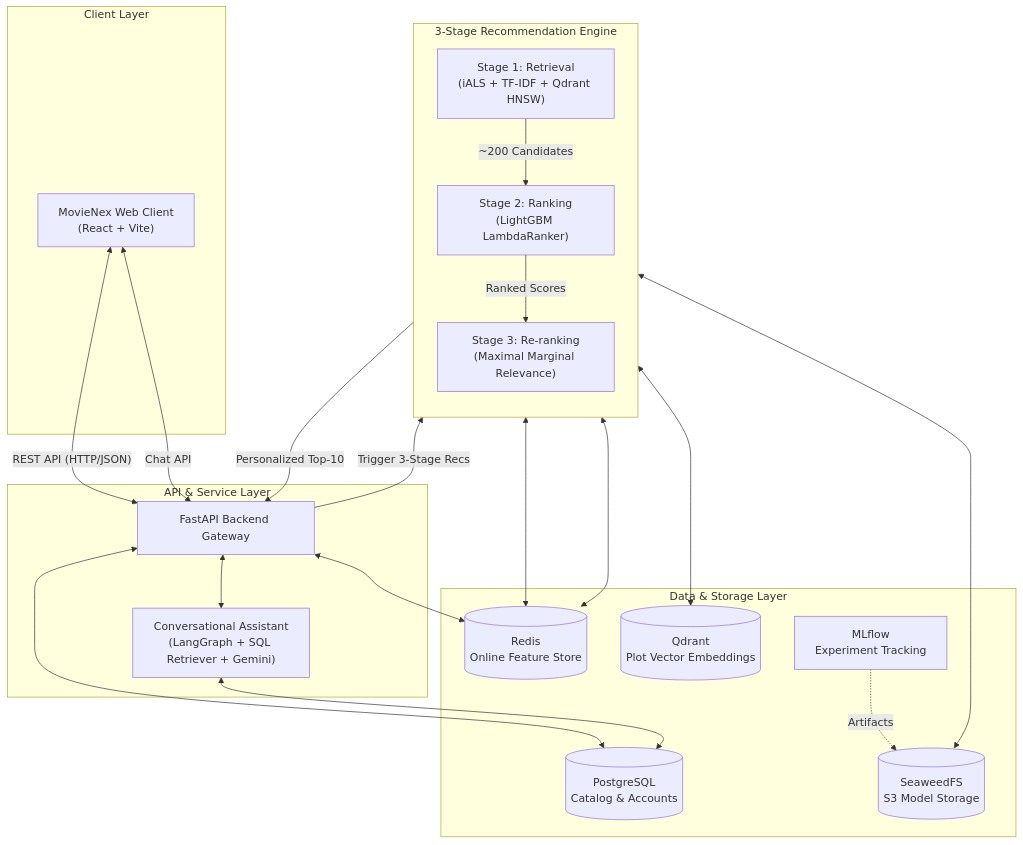
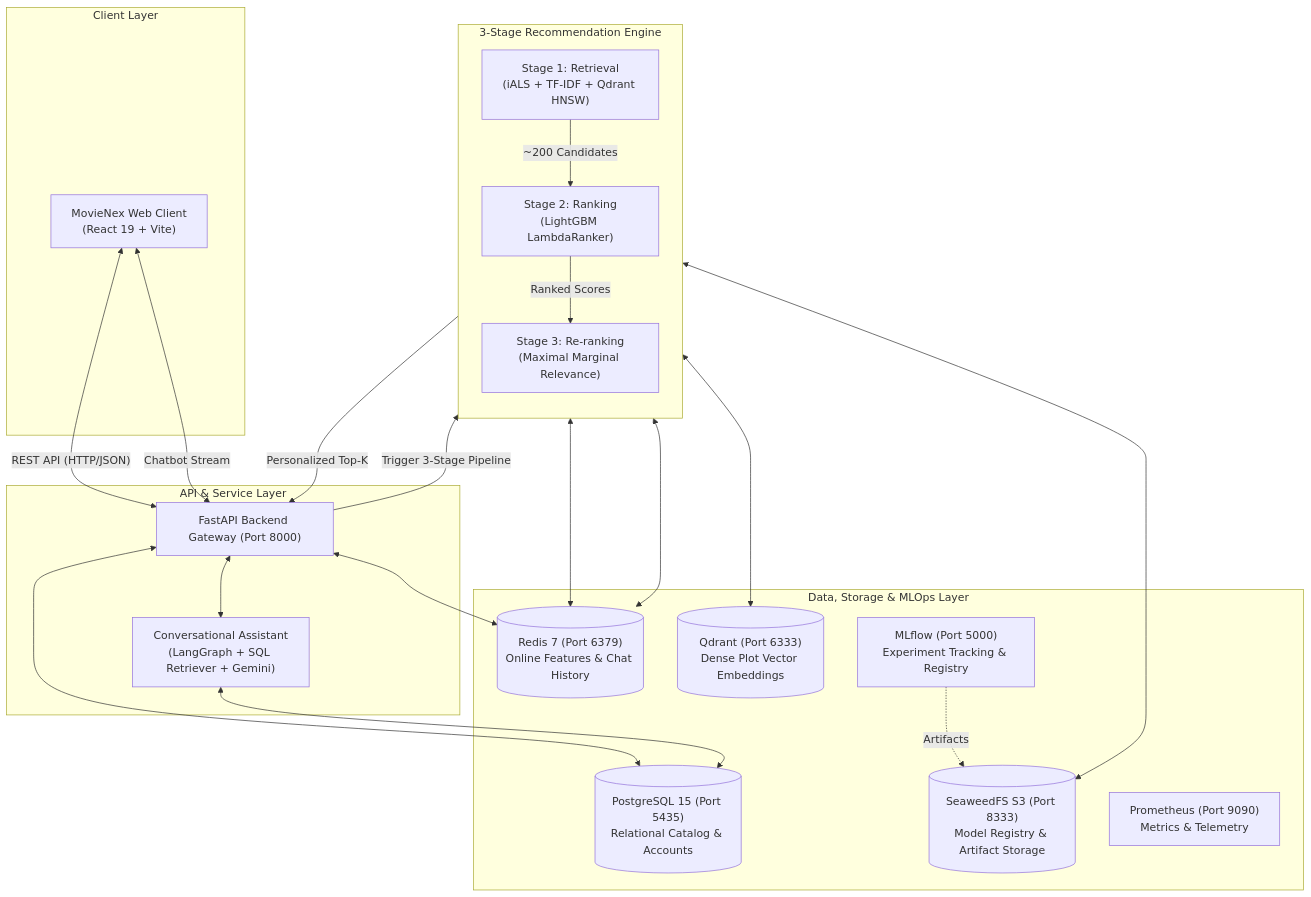
Before and after one commit to dducsw/movie-recsys: the diagram in README.md, drawn with Mermaid. The commit also changed other lines of this file, not shown here.

Commit message:
chatbot update

````diff
--- a/README.md
+++ b/README.md
@@ -47,43 +46,44 @@
 ```mermaid
 flowchart TD
     subgraph ClientLayer ["Client Layer"]
-        UI["MovieNex Web Client<br/>(React + Vite)"]
+        UI["MovieNex Web Client<br/>(React 19 + Vite)"]
     end
 
     subgraph ServiceLayer ["API & Service Layer"]
-        API["FastAPI Backend Gateway"]
+        API["FastAPI Backend Gateway (Port 8000)"]
         Agent["Conversational Assistant<br/>(LangGraph + SQL Retriever + Gemini)"]
     end
 
     subgraph RecSysEngine ["3-Stage Recommendation Engine"]
         direction TB
         R1["Stage 1: Retrieval<br/>(iALS + TF-IDF + Qdrant HNSW)"]
         R2["Stage 2: Ranking<br/>(LightGBM LambdaRanker)"]
         R3["Stage 3: Re-ranking<br/>(Maximal Marginal Relevance)"]
         R1 -->|~200 Candidates| R2
         R2 -->|Ranked Scores| R3
     end
 
-    subgraph DataStorage ["Data & Storage Layer"]
-        DB[("PostgreSQL<br/>Catalog & Accounts")]
-        Cache[("Redis<br/>Online Feature Store")]
-        VectorDB[("Qdrant<br/>Plot Vector Embeddings")]
-        S3[("SeaweedFS<br/>S3 Model Storage")]
-        MLflow["MLflow<br/>Experiment Tracking"]
+    subgraph DataStorage ["Data, Storage & MLOps Layer"]
+        DB[("PostgreSQL 15 (Port 5435)<br/>Relational Catalog & Accounts")]
+        Cache[("Redis 7 (Port 6379)<br/>Online Features & Chat History")]
+        VectorDB[("Qdrant (Port 6333)<br/>Dense Plot Vector Embeddings")]
+        S3[("SeaweedFS S3 (Port 8333)<br/>Model Registry & Artifact Storage")]
+        MLflow["MLflow (Port 5000)<br/>Experiment Tracking & Registry"]
+        Prometheus["Prometheus (Port 9090)<br/>Metrics & Telemetry"]
     end
 
     UI <-->|"REST API (HTTP/JSON)"| API
-    UI <-->|"Chat API"| API
+    UI <-->|"Chatbot Stream"| API
     API <--> Agent
-    API -->|"Trigger 3-Stage Recs"| R1
-    R3 -->|"Personalized Top-10"| API
+    API -->|"Trigger 3-Stage Pipeline"| R1
+    R3 -->|"Personalized Top-K"| API
 
     API <--> DB
     API <--> Cache
     Agent <--> DB
     R1 <--> VectorDB
     R1 <--> Cache
     R2 <--> Cache
     R2 <--> S3
     MLflow -.->|"Artifacts"| S3
 ```
````
